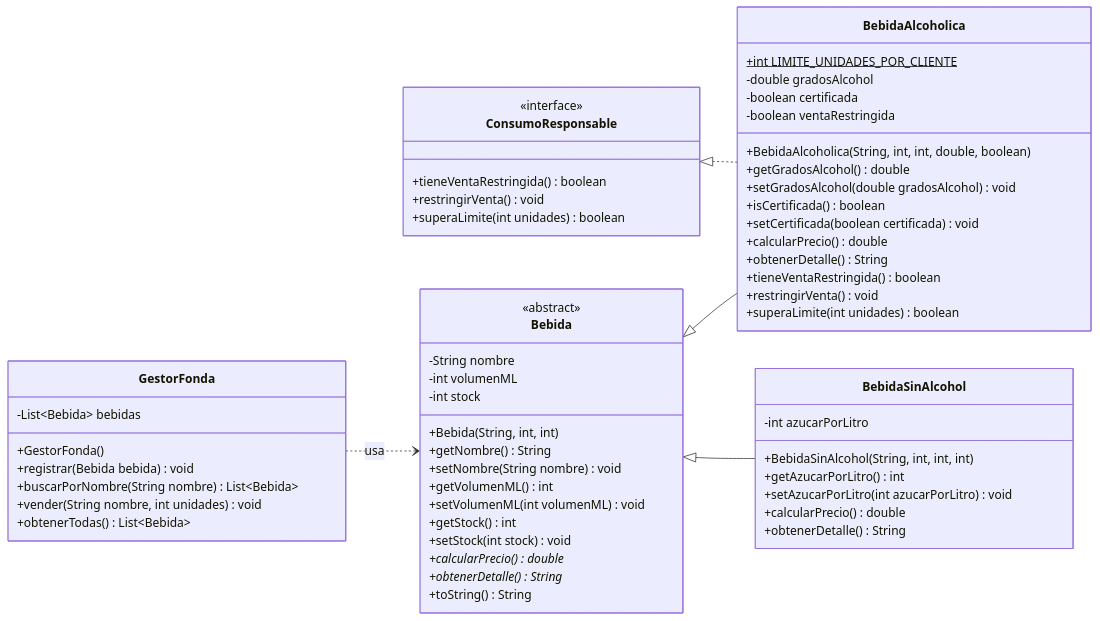
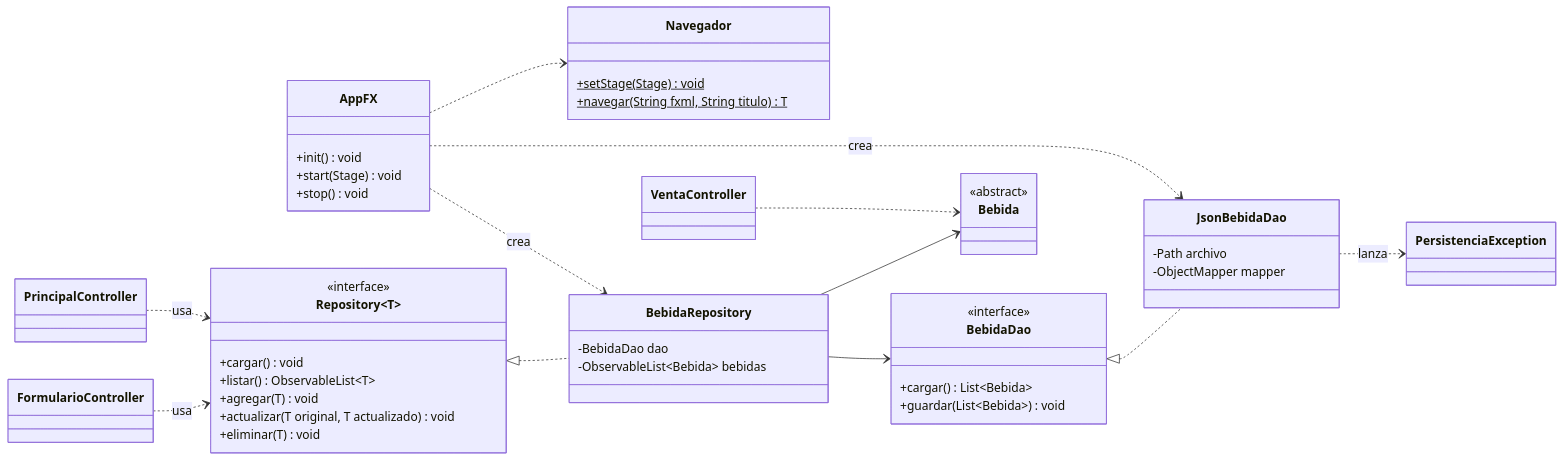
One commit to Nachess/poo_tareafonda changed the diagram in README.md. Above: the diagram before and after it, drawn with Mermaid. The commit also changed other lines of this file and 1 other file, not shown here.

First line of the commit message:
EA2: enunciado de la interfaz gráfica con persistencia JSON

````diff
--- a/README.md
+++ b/README.md
@@ -89,68 +75,62 @@
 ```mermaid
 classDiagram
     direction LR
 
+    class AppFX {
+        +init() void
+        +start(Stage) void
+        +stop() void
+    }
+
+    class Navegador {
+        +setStage(Stage)$ void
+        +navegar(String fxml, String titulo)$ T
+    }
+
+    class PrincipalController
+    class FormularioController
+    class VentaController
+
+    class Repository~T~ {
+        <<interface>>
+        +cargar() void
+        +listar() ObservableList~T~
+        +agregar(T) void
+        +actualizar(T original, T actualizado) void
+        +eliminar(T) void
+    }
+
+    class BebidaRepository {
+        -BebidaDao dao
+        -ObservableList~Bebida~ bebidas
+    }
+
+    class BebidaDao {
+        <<interface>>
+        +cargar() List~Bebida~
+        +guardar(List~Bebida~) void
+    }
+
+    class JsonBebidaDao {
+        -Path archivo
+        -ObjectMapper mapper
+    }
+
+    class PersistenciaException
+
     class Bebida {
         <<abstract>>
-        -String nombre
-        -int volumenML
-        -int stock
-        +Bebida(String, int, int)
-        +getNombre() String
-        +setNombre(String nombre) void
-        +getVolumenML() int
-        +setVolumenML(int volumenML) void
-        +getStock() int
-        +setStock(int stock) void
-        +calcularPrecio()* double
-        +obtenerDetalle()* String
-        +toString() String
     }
 
-    class ConsumoResponsable {
-        <<interface>>
-        +tieneVentaRestringida() boolean
-        +restringirVenta() void
-        +superaLimite(int unidades) boolean
-    }
-
-    class BebidaAlcoholica {
-        +int LIMITE_UNIDADES_POR_CLIENTE$
-        -double gradosAlcohol
-        -boolean certificada
-        -boolean ventaRestringida
-        +BebidaAlcoholica(String, int, int, double, boolean)
-        +getGradosAlcohol() double
-        +setGradosAlcohol(double gradosAlcohol) void
-        +isCertificada() boolean
-        +setCertificada(boolean certificada) void
-        +calcularPrecio() double
-        +obtenerDetalle() String
-        +tieneVentaRestringida() boolean
-        +restringirVenta() void
-        +superaLimite(int unidades) boolean
-    }
-
-    class BebidaSinAlcohol {
-        -int azucarPorLitro
-        +BebidaSinAlcohol(String, int, int, int)
-        +getAzucarPorLitro() int
-        +setAzucarPorLitro(int azucarPorLitro) void
-        +calcularPrecio() double
-        +obtenerDetalle() String
-    }
-
-    class GestorFonda {
-        -List~Bebida~ bebidas
-        +GestorFonda()
-        +registrar(Bebida bebida) void
-        +buscarPorNombre(String nombre) List~Bebida~
-        +vender(String nombre, int unidades) void
-        +obtenerTodas() List~Bebida~
-    }
-
-    Bebida <|-- BebidaAlcoholica
-    Bebida <|-- BebidaSinAlcohol
-    ConsumoResponsable <|.. BebidaAlcoholica
-    GestorFonda ..> Bebida : usa
+    AppFX ..> Navegador
+    AppFX ..> BebidaRepository : crea
+    AppFX ..> JsonBebidaDao : crea
+    PrincipalController ..> Repository : usa
+    FormularioController ..> Repository : usa
+    VentaController ..> Bebida
+    Repository <|.. BebidaRepository
+    BebidaDao <|.. JsonBebidaDao
+    BebidaRepository --> BebidaDao
+    BebidaRepository --> Bebida
+    JsonBebidaDao ..> PersistenciaException : lanza
 ```
````
